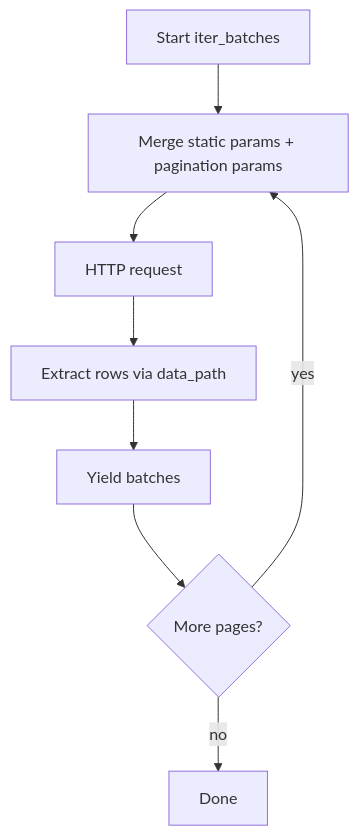
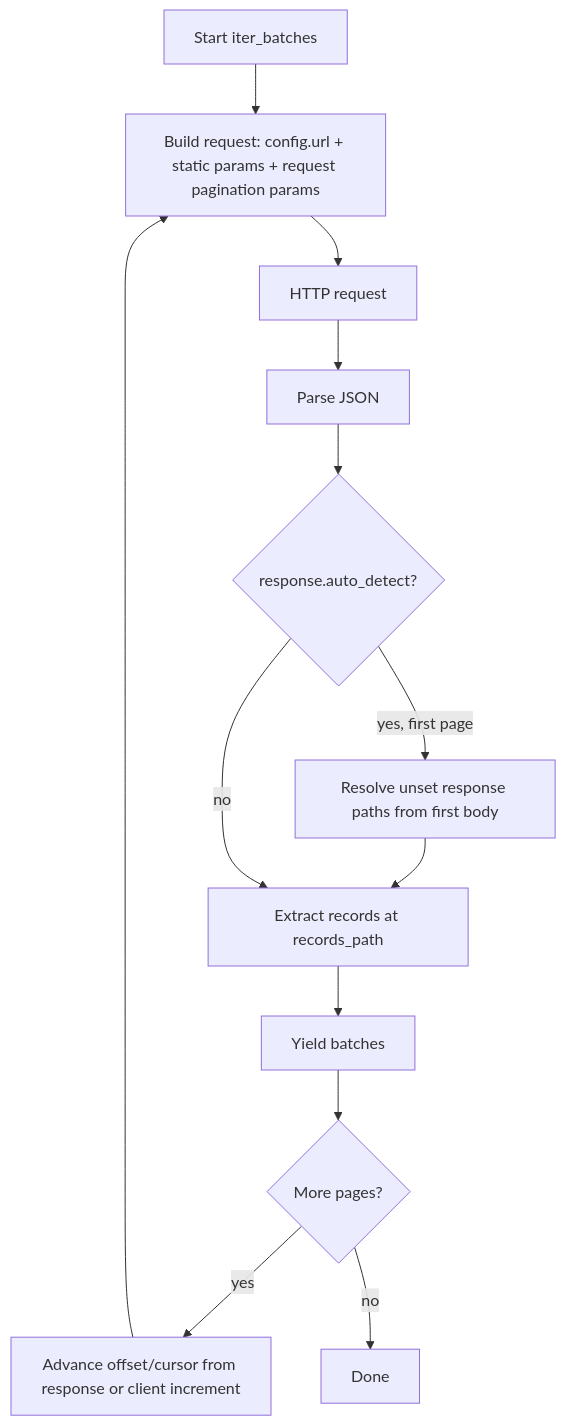
Before and after one commit to growgraph/graflo: the diagram in docs/concepts/api_connector.md, drawn with Mermaid. The commit also changed other lines of this file and 31 other files, not shown here.

First line of the commit message:
added response config (#313)

````diff
--- a/docs/concepts/api_connector.md
+++ b/docs/concepts/api_connector.md
@@ -132,12 +134,19 @@
 ```mermaid
 flowchart TD
   start[Start iter_batches]
-  build[Merge static params + pagination params]
+  build["Build request: config.url + static params + request pagination params"]
   req[HTTP request]
-  extract[Extract rows via data_path]
+  parse[Parse JSON]
+  detect{response.auto_detect?}
+  resolve[Resolve unset response paths from first body]
+  extract["Extract records at records_path"]
   yield[Yield batches]
   more{More pages?}
-  start --> build --> req --> extract --> yield --> more
-  more -->|yes| build
+  start --> build --> req --> parse --> detect
+  detect -->|yes, first page| resolve --> extract
+  detect -->|no| extract
+  extract --> yield --> more
+  more -->|yes| advance["Advance offset/cursor from response or client increment"]
+  advance --> build
   more -->|no| done[Done]
 ```
````
